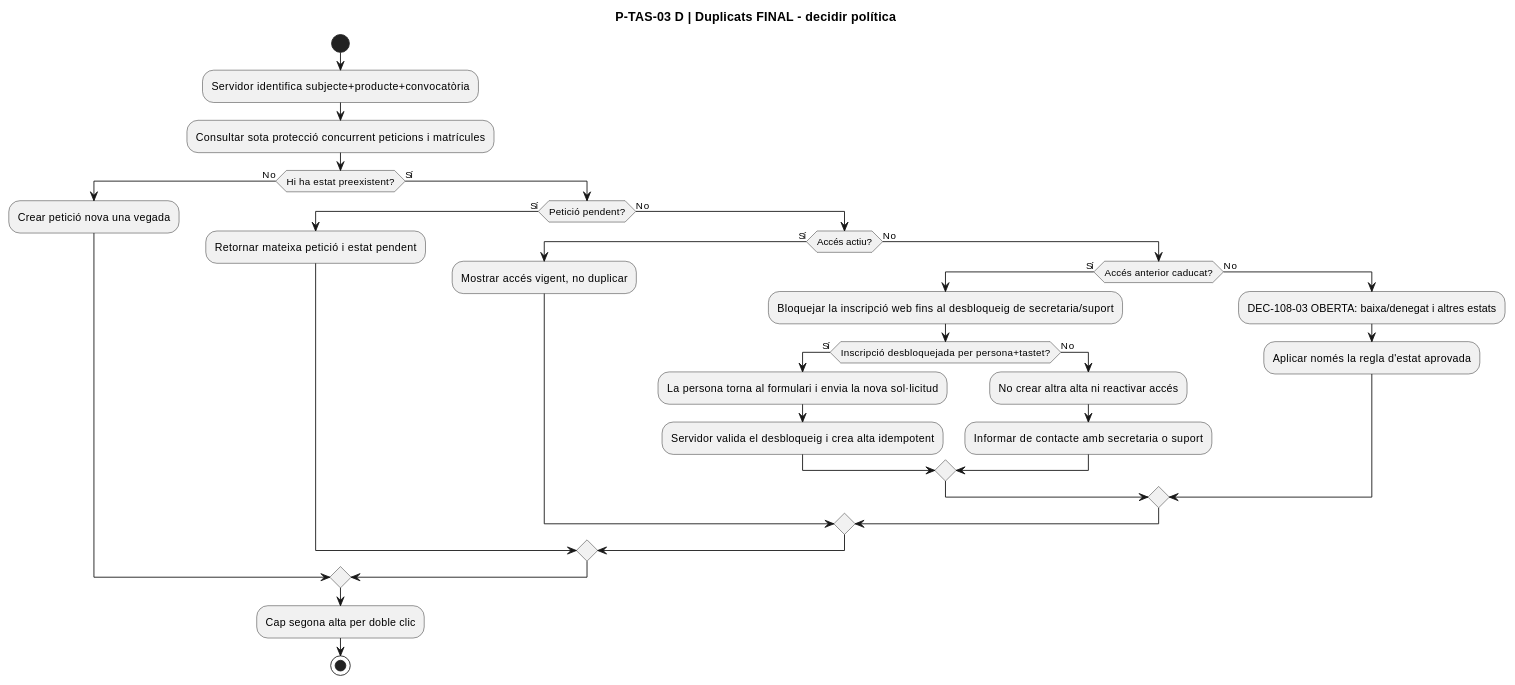
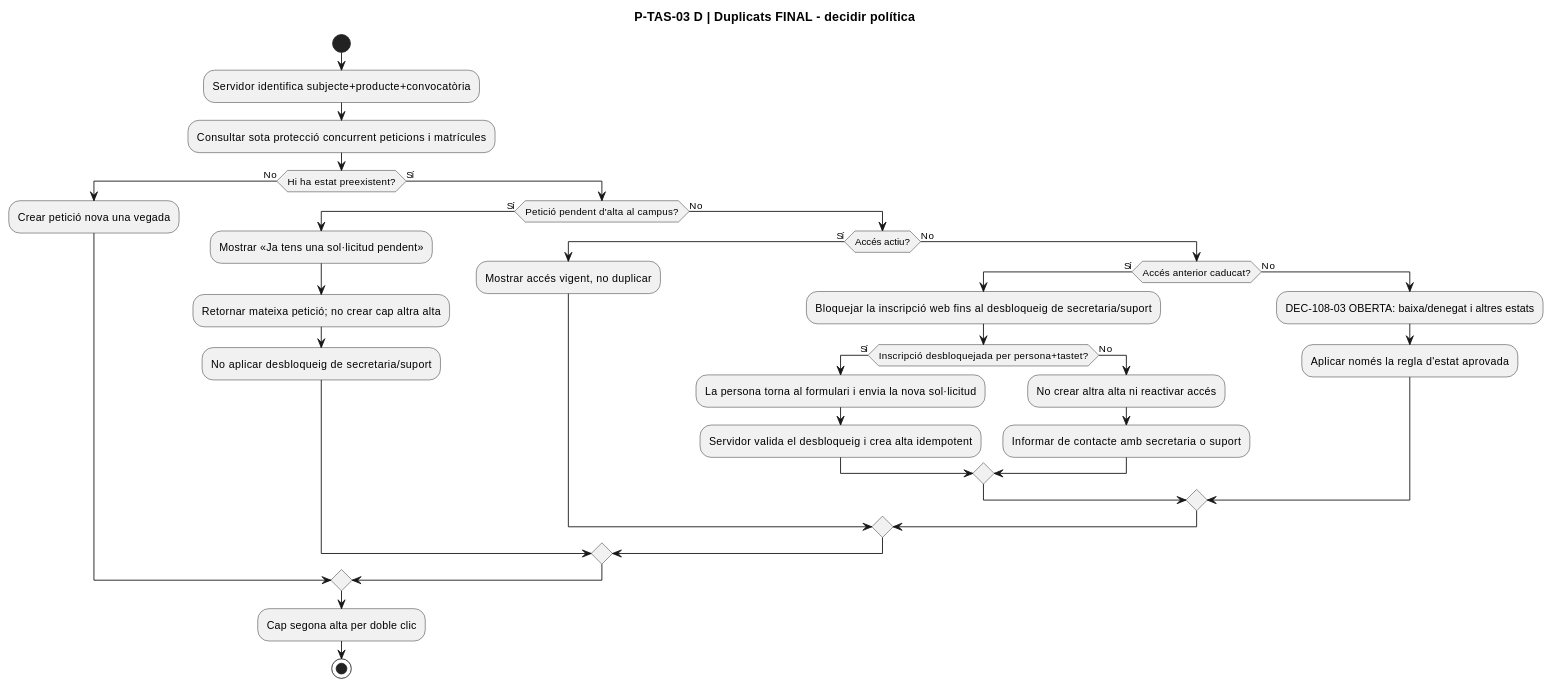
Before and after one commit to orgmeriemprismacat-del/verifactu: diagram 24 of 32 in documentacio/07-uml-integrat/uc-108-activitats-pagines-tastets-actual-final.md, drawn with PlantUML. The commit also changed other lines of this file, not shown here.

````diff
--- a/documentacio/07-uml-integrat/uc-108-activitats-pagines-tastets-actual-final.md
+++ b/documentacio/07-uml-integrat/uc-108-activitats-pagines-tastets-actual-final.md
@@ -550,35 +555,37 @@
 ```plantuml
 @startuml
 title P-TAS-03 D | Duplicats FINAL - decidir política
 start
 :Servidor identifica subjecte+producte+convocatòria;
 :Consultar sota protecció concurrent peticions i matrícules;
 if (Hi ha estat preexistent?) then (No)
   :Crear petició nova una vegada;
 else (Sí)
-  if (Petició pendent?) then (Sí)
-    :Retornar mateixa petició i estat pendent;
+  if (Petició pendent d'alta al campus?) then (Sí)
+    :Mostrar «Ja tens una sol·licitud pendent»;
+    :Retornar mateixa petició; no crear cap altra alta;
+    :No aplicar desbloqueig de secretaria/suport;
   else (No)
     if (Accés actiu?) then (Sí)
       :Mostrar accés vigent, no duplicar;
     else (No)
       if (Accés anterior caducat?) then (Sí)
         :Bloquejar la inscripció web fins al desbloqueig de secretaria/suport;
         if (Inscripció desbloquejada per persona+tastet?) then (Sí)
           :La persona torna al formulari i envia la nova sol·licitud;
           :Servidor valida el desbloqueig i crea alta idempotent;
         else (No)
           :No crear altra alta ni reactivar accés;
           :Informar de contacte amb secretaria o suport;
         endif
       else (No)
         :DEC-108-03 OBERTA: baixa/denegat i altres estats;
         :Aplicar només la regla d'estat aprovada;
       endif
     endif
   endif
 endif
 :Cap segona alta per doble clic;
 stop
 @enduml
 ```
````
